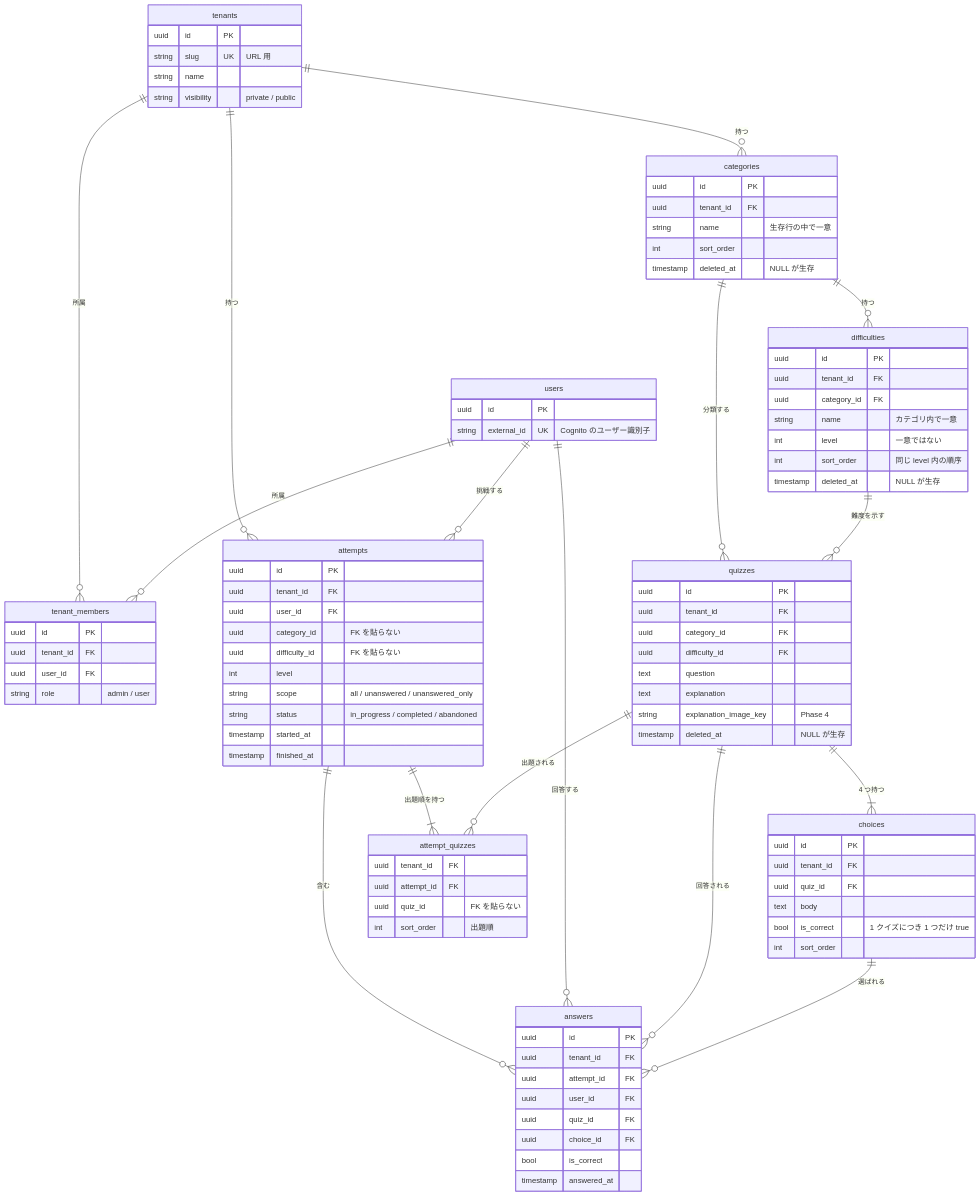
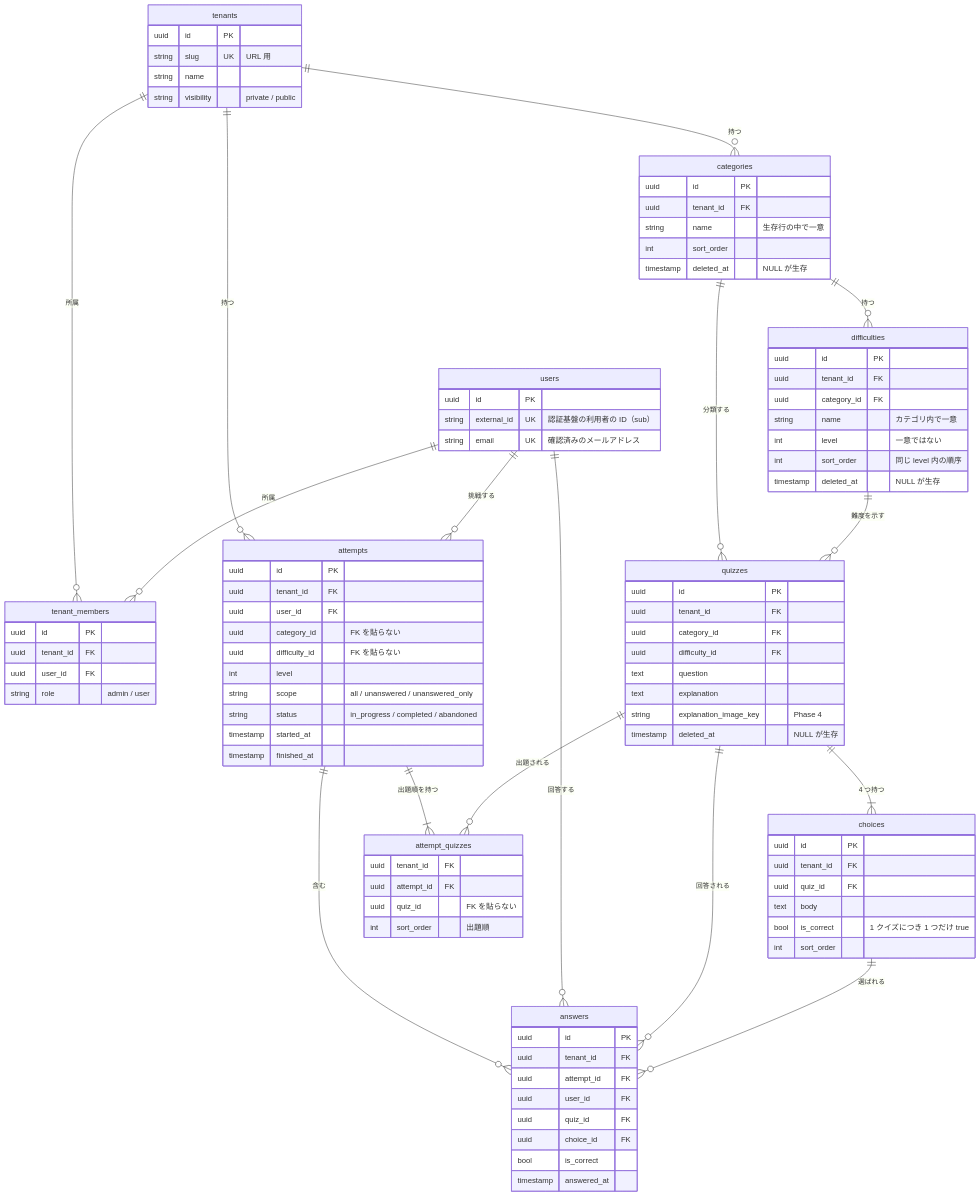
The diagram in docs/domain-model.md (fujitamasayoshi0402/quiz-app), drawn with Mermaid before and after one commit. The commit also changed 76 other files, not shown here.

```diff
--- a/docs/domain-model.md
+++ b/docs/domain-model.md
@@ -300,7 +300,8 @@
     }
     users {
         uuid id PK
-        string external_id UK "Cognito のユーザー識別子"
+        string external_id UK "認証基盤の利用者の ID（sub）"
+        string email UK "確認済みのメールアドレス"
     }
     categories {
         uuid id PK
```
